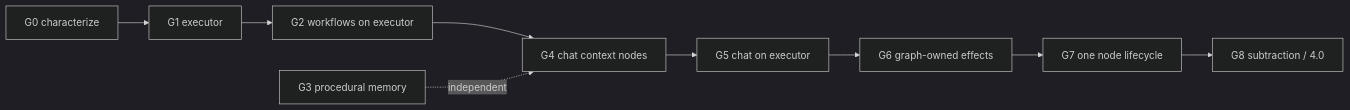
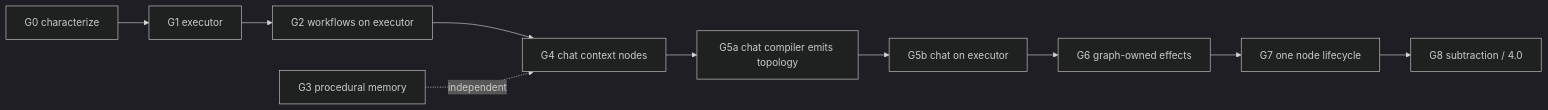
The diagram in docs/CLEMENTINE-4-EXECUTION-PLAN.md (Natebreynolds/clemmy), drawn with Mermaid (dark theme) before and after one commit. The commit also changed other lines of this file, not shown here.

First line of the commit message:
docs(clem4): milestone truth — the landed slice is G1a, and chat needs G5a

````diff
--- a/docs/CLEMENTINE-4-EXECUTION-PLAN.md
+++ b/docs/CLEMENTINE-4-EXECUTION-PLAN.md
@@ -315,11 +354,12 @@
 ```mermaid
 flowchart LR
   G0[G0 characterize] --> G1[G1 executor]
   G1 --> G2[G2 workflows on executor]
   G2 --> G4[G4 chat context nodes]
-  G4 --> G5[G5 chat on executor]
-  G5 --> G6[G6 graph-owned effects]
+  G4 --> G5a[G5a chat compiler emits topology]
+  G5a --> G5b[G5b chat on executor]
+  G5b --> G6[G6 graph-owned effects]
   G6 --> G7[G7 one node lifecycle]
   G7 --> G8[G8 subtraction / 4.0]
   G3[G3 procedural memory] -.independent.-> G4
 ```
````
